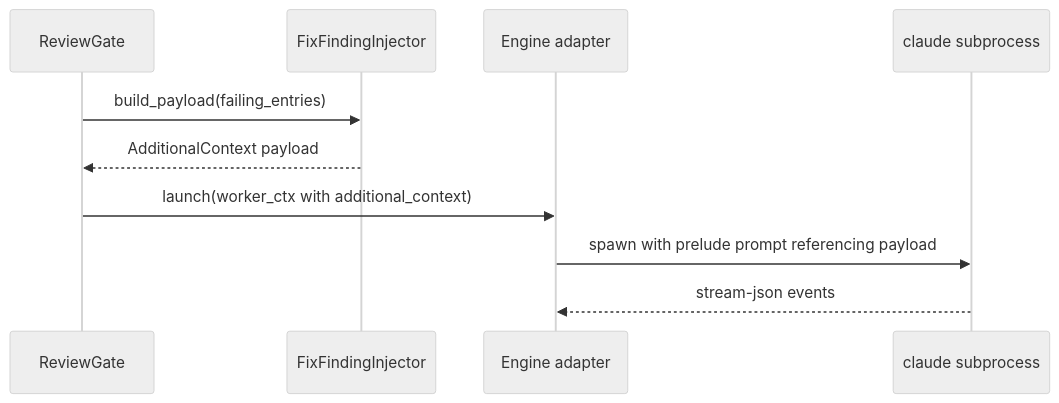
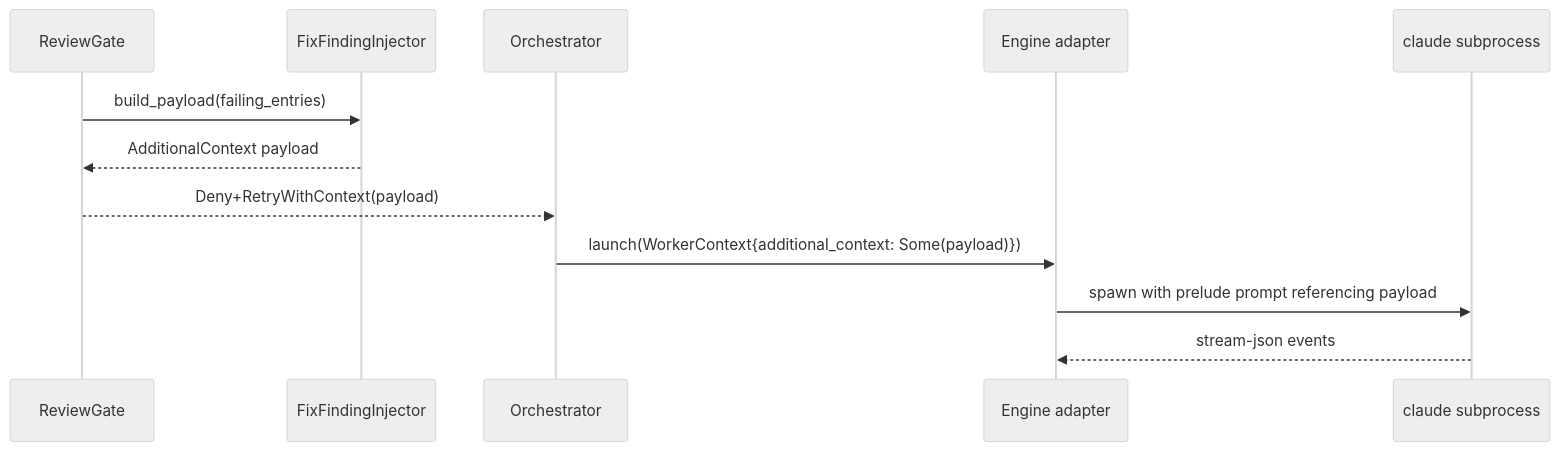
Before and after one commit to reedom/roki: the third of 3 diagrams in .kiro/specs/roki-review-gate/design.md, drawn with Mermaid (neutral theme). The commit also changed other lines of this file and 7 other files, not shown here.

````diff
--- a/.kiro/specs/roki-review-gate/design.md
+++ b/.kiro/specs/roki-review-gate/design.md
@@ -224,13 +216,15 @@
 ```mermaid
 sequenceDiagram
     participant Gate as ReviewGate
     participant Inj as FixFindingInjector
+    participant Orch as Orchestrator
     participant Eng as Engine adapter
     participant Worker as claude subprocess
 
     Gate->>Inj: build_payload(failing_entries)
     Inj-->>Gate: AdditionalContext payload
-    Gate->>Eng: launch(worker_ctx with additional_context)
+    Gate-->>Orch: Deny+RetryWithContext(payload)
+    Orch->>Eng: launch(WorkerContext{additional_context: Some(payload)})
     Eng->>Worker: spawn with prelude prompt referencing payload
     Worker-->>Eng: stream-json events
 ```
````
